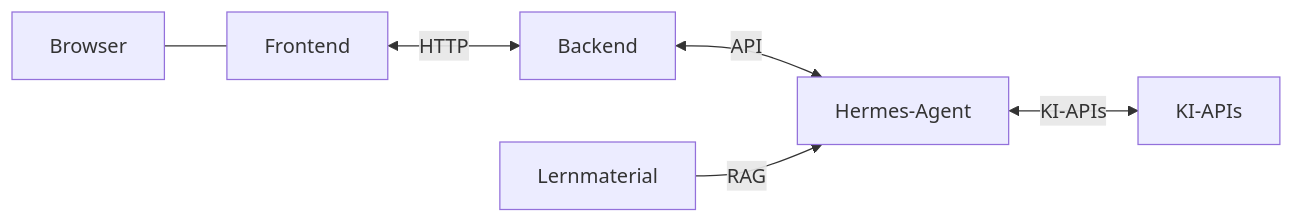
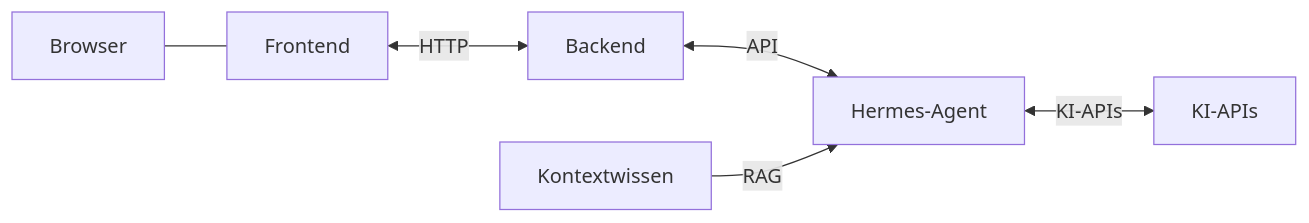
Before and after one commit to jomatotu/learning-in-progress: the second of 2 diagrams in doc/architecture/03-kontextabgrenzung.md, drawn with Mermaid. The commit also changed other lines of this file, not shown here.

Commit message:
Update architectural documentation to replace 'Lernmaterial' with 'Kontextwissen' in the flowchart, clarifying the role of context knowledge in the RAG process. Enhance the description to specify that context knowledge includes curricula and similar resources.

````diff
--- a/doc/architecture/03-kontextabgrenzung.md
+++ b/doc/architecture/03-kontextabgrenzung.md
@@ -29,15 +29,15 @@
 ```mermaid
 flowchart LR
   browser[Browser]
   frontend[Frontend]
   backend[Backend]
   hermes[Hermes-Agent]
   ki[KI-APIs]
-  material[Lernmaterial]
+  kontext[Kontextwissen]
 
   browser --- frontend
   frontend <-->|HTTP| backend
   backend <-->|API| hermes
   hermes <-->|KI-APIs| ki
-  material -->|RAG| hermes
+  kontext -->|RAG| hermes
 ```
````
